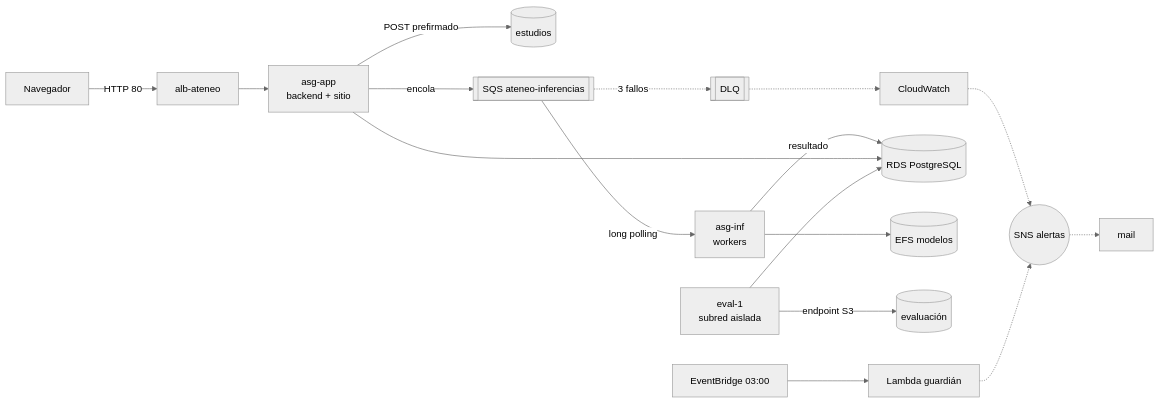
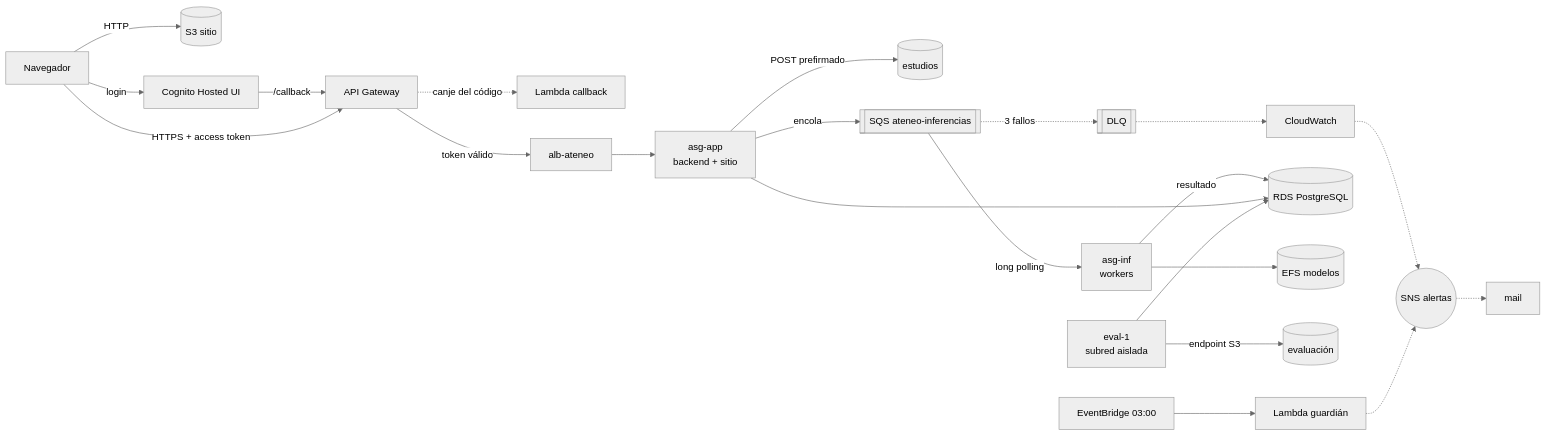
The diagram in terraform/README.md (Iker-Galante/2026Q2-G7), drawn with Mermaid (neutral theme) before and after one commit. The commit also changed other lines of this file and 30 other files, not shown here.

First line of the commit message:
Login con Cognito: sitio en S3, callback por API Gateway y Lambda

````diff
--- a/terraform/README.md
+++ b/terraform/README.md
@@ -30,16 +33,21 @@
 ```mermaid
 flowchart LR
-  U[Navegador] -->|HTTP 80| ALB[alb-ateneo]
+  U[Navegador] -->|HTTP| WEB[(S3 sitio)]
+  U -->|login| COG[Cognito Hosted UI]
+  COG -->|/callback| GW
+  GW -.->|canje del código| LCB[Lambda callback]
+  U -->|HTTPS + access token| GW[API Gateway]
+  GW -->|token válido| ALB[alb-ateneo]
   ALB --> APP[asg-app<br/>backend + sitio]
   APP -->|POST prefirmado| S3E[(estudios)]
   APP -->|encola| Q[[SQS ateneo-inferencias]]
   Q -->|long polling| INF[asg-inf<br/>workers]
   Q -.->|3 fallos| DLQ[[DLQ]]
   DLQ -.-> CW[CloudWatch] -.-> SNS((SNS alertas)) -.-> MAIL[mail]
   INF -->|resultado| RDS[(RDS PostgreSQL)]
   APP --> RDS
   INF --> EFS[(EFS modelos)]
   EVAL[eval-1<br/>subred aislada] --> RDS
   EVAL -->|endpoint S3| S3V[(evaluación)]
   EB[EventBridge 03:00] --> L[Lambda guardián] -.-> SNS
 ```
````
